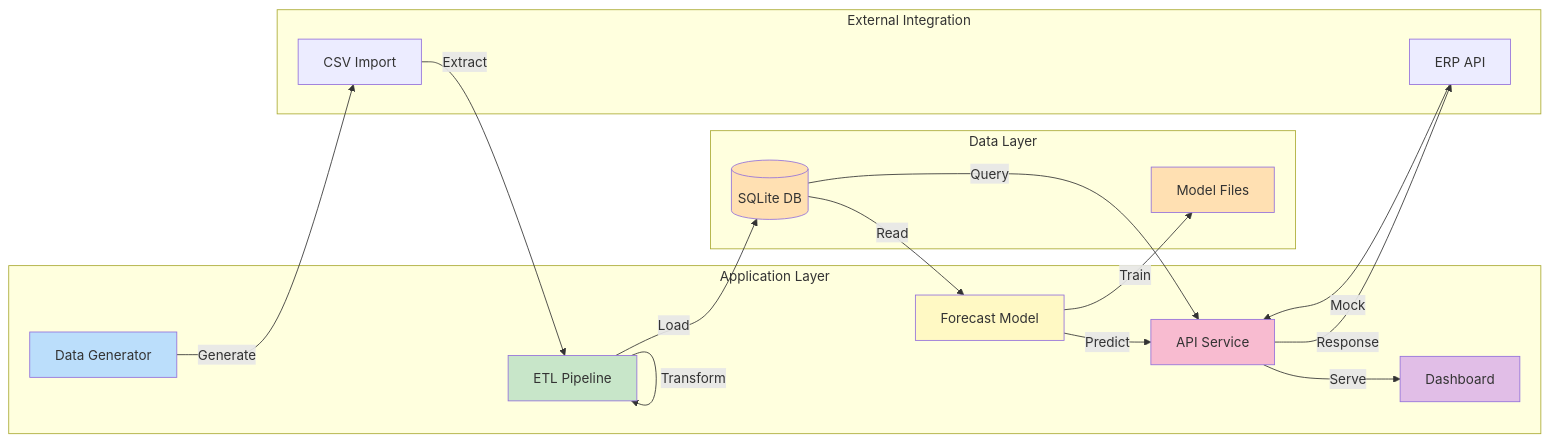
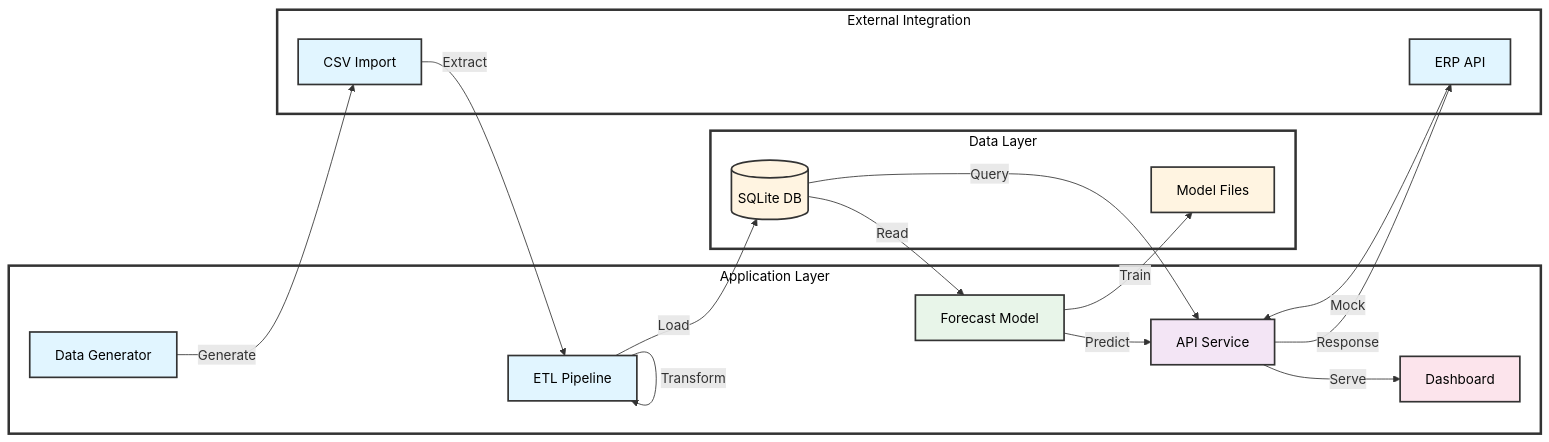
The third of 3 diagrams in README.md (cloudarchitectgithub/HVAC-Supply-Chain-Demand-Forecasting-Engine), drawn with Mermaid before and after one commit. The commit also changed other lines of this file, not shown here.

````diff
--- a/README.md
+++ b/README.md
@@ -132,40 +139,46 @@
 ```mermaid
 graph LR
-    subgraph "Application Layer"
+    subgraph AL["Application Layer"]
         A1[Data Generator]
         A2[ETL Pipeline]
         A3[Forecast Model]
         A4[API Service]
         A5[Dashboard]
     end
     
-    subgraph "Data Layer"
+    subgraph DL["Data Layer"]
         D1[(SQLite DB)]
         D2[Model Files]
     end
     
-    subgraph "External Integration"
+    subgraph EI["External Integration"]
         E1[ERP API]
         E2[CSV Import]
     end
     
     A1 -->|Generate| E2
     E2 -->|Extract| A2
     A2 -->|Transform| A2
     A2 -->|Load| D1
     D1 -->|Read| A3
     A3 -->|Train| D2
     A3 -->|Predict| A4
     D1 -->|Query| A4
     A4 -->|Serve| A5
     E1 -->|Mock| A4
     A4 -->|Response| E1
     
-    style A1 fill:#bbdefb
-    style A2 fill:#c8e6c9
-    style A3 fill:#fff9c4
-    style A4 fill:#f8bbd0
-    style A5 fill:#e1bee7
-    style D1 fill:#ffe0b2
-    style D2 fill:#ffe0b2
+    style A1 fill:#e1f5ff,stroke:#333,stroke-width:2px,color:#000
+    style A2 fill:#e1f5ff,stroke:#333,stroke-width:2px,color:#000
+    style A3 fill:#e8f5e9,stroke:#333,stroke-width:2px,color:#000
+    style A4 fill:#f3e5f5,stroke:#333,stroke-width:2px,color:#000
+    style A5 fill:#fce4ec,stroke:#333,stroke-width:2px,color:#000
+    style D1 fill:#fff4e1,stroke:#333,stroke-width:2px,color:#000
+    style D2 fill:#fff4e1,stroke:#333,stroke-width:2px,color:#000
+    style E1 fill:#e1f5ff,stroke:#333,stroke-width:2px,color:#000
+    style E2 fill:#e1f5ff,stroke:#333,stroke-width:2px,color:#000
+    
+    style AL fill:#ffffff,stroke:#333,stroke-width:3px,color:#000
+    style DL fill:#ffffff,stroke:#333,stroke-width:3px,color:#000
+    style EI fill:#ffffff,stroke:#333,stroke-width:3px,color:#000
 ```
````
